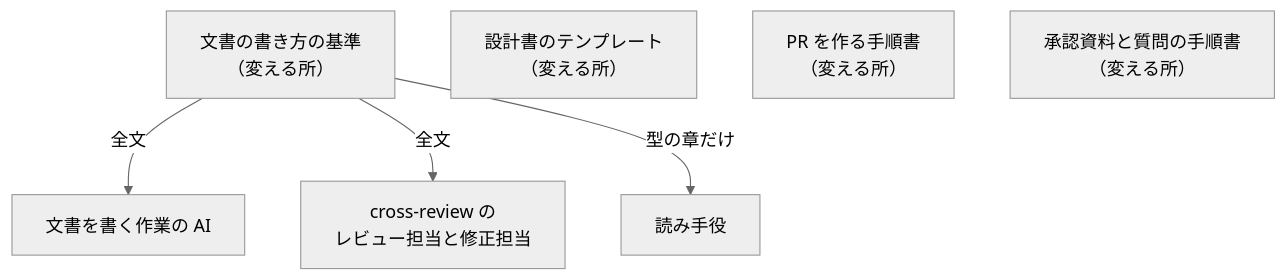
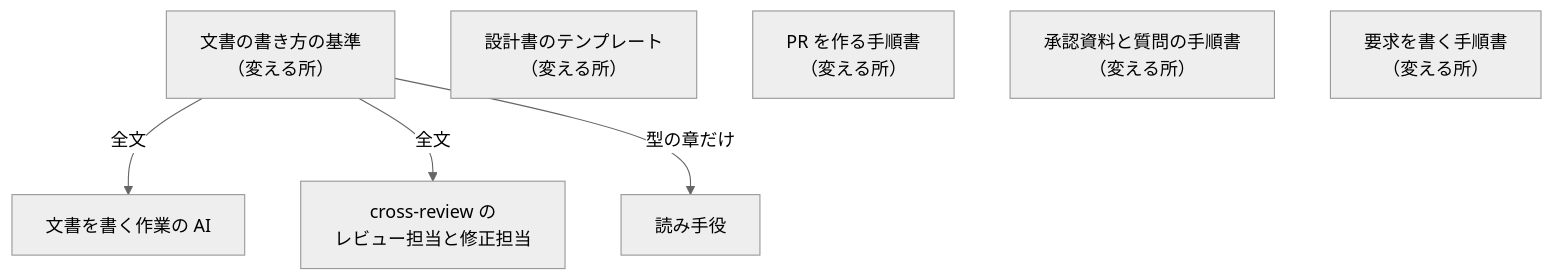
Before and after one commit to devbasex/ai-plugins: the first of 2 diagrams in issues/issue-4543-design.md, drawn with Mermaid (neutral theme). The commit also changed other lines of this file and 1 other file, not shown here.

````diff
--- a/issues/issue-4543-design.md
+++ b/issues/issue-4543-design.md
@@ -11,10 +11,11 @@
 ```mermaid
 graph TD
     C["文書の書き方の基準<br/>（変える所）"]
     C -->|全文| W["文書を書く作業の AI"]
     C -->|全文| X["cross-review の<br/>レビュー担当と修正担当"]
     C -->|型の章だけ| R["読み手役"]
     T["設計書のテンプレート<br/>（変える所）"]
     P["PR を作る手順書<br/>（変える所）"]
     A["承認資料と質問の手順書<br/>（変える所）"]
+    Q["要求を書く手順書<br/>（変える所）"]
 ```
````
